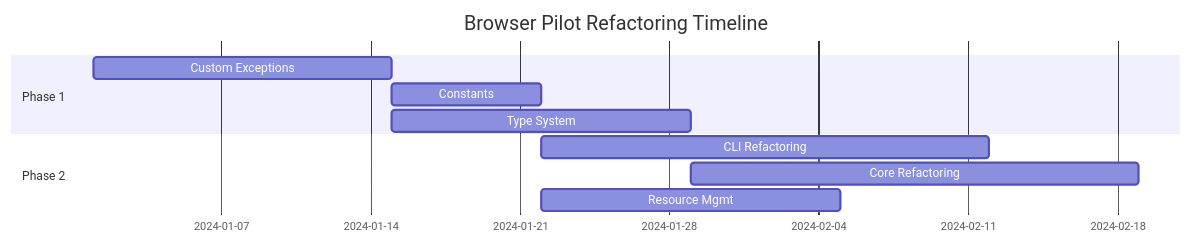
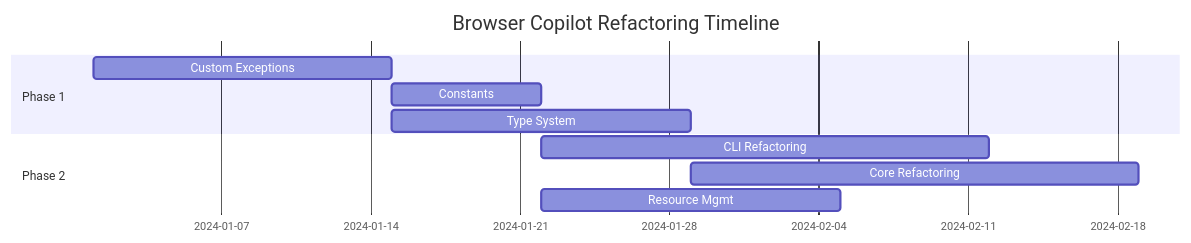
The diagram in docs/specs/README.md (smiao-icims/browser-copilot), drawn with Mermaid before and after one commit. The commit also changed other lines of this file and 67 other files, not shown here.

First line of the commit message:
refactor: rename project from browser-pilot to browser-copilot

````diff
--- a/docs/specs/README.md
+++ b/docs/specs/README.md
@@ -59,13 +59,13 @@
 ```mermaid
 gantt
-    title Browser Pilot Refactoring Timeline
+    title Browser Copilot Refactoring Timeline
     dateFormat  YYYY-MM-DD
     section Phase 1
     Custom Exceptions    :a1, 2024-01-01, 2w
     Constants           :a2, after a1, 1w
     Type System         :a3, after a1, 2w
     section Phase 2
     CLI Refactoring     :b1, after a2, 3w
     Core Refactoring    :b2, after a3, 3w
     Resource Mgmt       :b3, after a2, 2w
 ```
````
